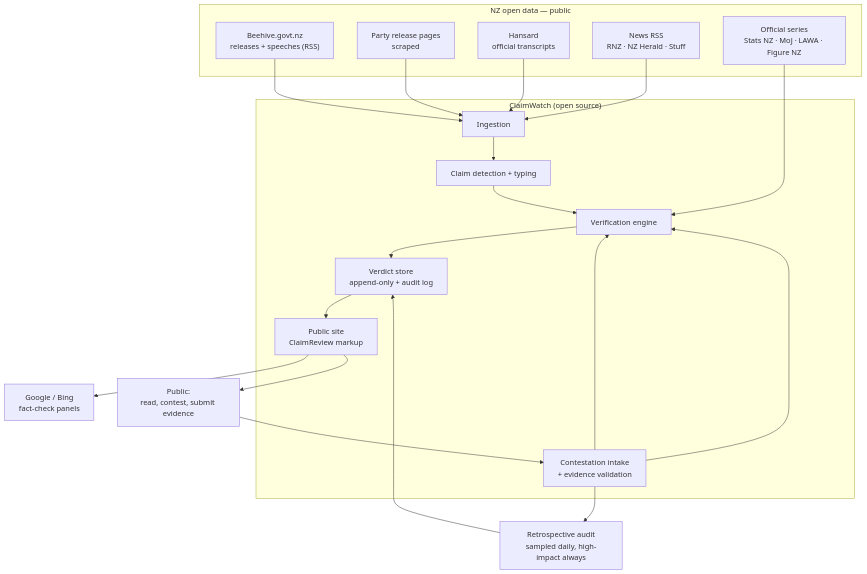
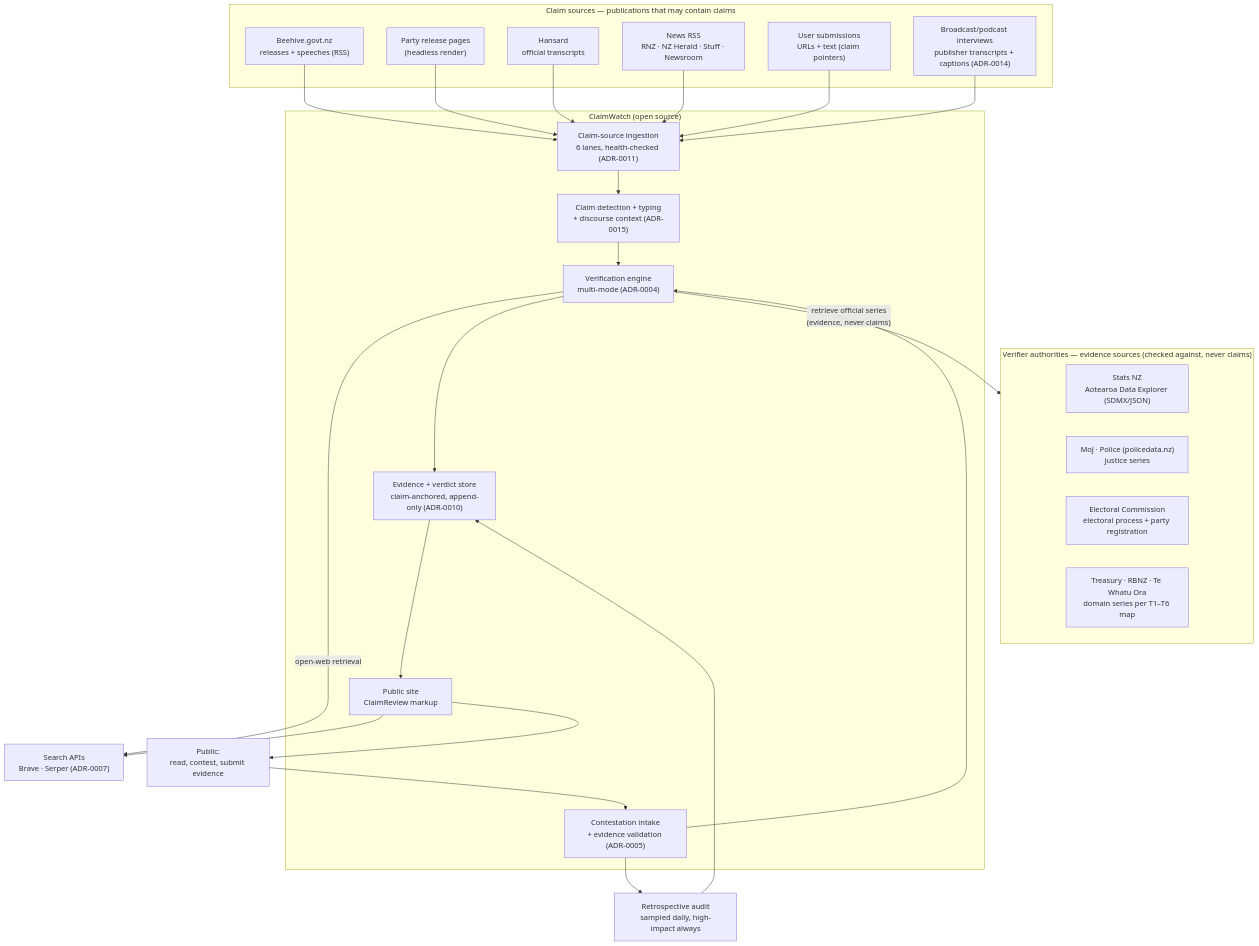
The first of 5 diagrams in docs/ARCHITECTURE.md (bradleyscott/claimwatch-nz), drawn with Mermaid before and after one commit. The commit also changed other lines of this file and 2 other files, not shown here.

First line of the commit message:
docs(architecture): verifier authorities distinct from claim sources

````diff
--- a/docs/ARCHITECTURE.md
+++ b/docs/ARCHITECTURE.md
@@ -11,40 +11,50 @@
 ```mermaid
 flowchart TB
-    subgraph SOURCES["NZ open data — public"]
+    subgraph CLAIM_SOURCES["Claim sources — publications that may contain claims"]
         BEEHIVE["Beehive.govt.nz<br/>releases + speeches (RSS)"]
-        PARTIES["Party release pages<br/>scraped"]
+        PARTIES["Party release pages<br/>(headless render)"]
         HANSARD["Hansard<br/>official transcripts"]
-        NEWS["News RSS<br/>RNZ · NZ Herald · Stuff"]
-        STATS["Official series<br/>Stats NZ · MoJ · LAWA · Figure NZ"]
+        NEWS["News RSS<br/>RNZ · NZ Herald · Stuff · Newsroom"]
+        SUBMIT["User submissions<br/>URLs + text (claim pointers)"]
+        BCAST["Broadcast/podcast interviews<br/>publisher transcripts + captions (ADR-0014)"]
+    end
+
+    subgraph AUTHORITIES["Verifier authorities — evidence sources (checked against, never claims)"]
+        STATS["Stats NZ<br/>Aotearoa Data Explorer (SDMX/JSON)"]
+        MOJ["MoJ · Police (policedata.nz)<br/>justice series"]
+        ELECTORAL["Electoral Commission<br/>electoral process + party registration"]
+        OTHER["Treasury · RBNZ · Te Whatu Ora<br/>domain series per T1–T6 map"]
     end
 
     subgraph CW["ClaimWatch (open source)"]
-        INGEST["Ingestion"]
-        TRIAGE["Claim detection + typing"]
-        VERIFY["Verification engine"]
-        STORE["Verdict store<br/>append-only + audit log"]
+        INGEST["Claim-source ingestion<br/>6 lanes, health-checked (ADR-0011)"]
+        TRIAGE["Claim detection + typing<br/>+ discourse context (ADR-0015)"]
+        VERIFY["Verification engine<br/>multi-mode (ADR-0004)"]
+        STORE["Evidence + verdict store<br/>claim-anchored, append-only (ADR-0010)"]
         SITE["Public site<br/>ClaimReview markup"]
-        CONTEST["Contestation intake<br/>+ evidence validation"]
+        CONTEST["Contestation intake<br/>+ evidence validation (ADR-0005)"]
     end
 
     PUBLIC["Public:<br/>read, contest, submit evidence"]
-    SEARCH["Google / Bing<br/>fact-check panels"]
+    SEARCH["Search APIs<br/>Brave · Serper (ADR-0007)"]
     AUDIT["Retrospective audit<br/>sampled daily, high-impact always"]
 
     BEEHIVE --> INGEST
     PARTIES --> INGEST
     HANSARD --> INGEST
     NEWS --> INGEST
+    SUBMIT --> INGEST
+    BCAST --> INGEST
     INGEST --> TRIAGE
     TRIAGE --> VERIFY
-    STATS --> VERIFY
+    VERIFY -- "retrieve official series<br/>(evidence, never claims)" --> AUTHORITIES
+    VERIFY -- "open-web retrieval" --> SEARCH
     VERIFY --> STORE
     STORE --> SITE
     SITE --> SEARCH
     SITE --> PUBLIC
     PUBLIC --> CONTEST
     CONTEST --> VERIFY
-    CONTEST --> VERIFY
     CONTEST --> AUDIT
     AUDIT --> STORE
 ```
````
